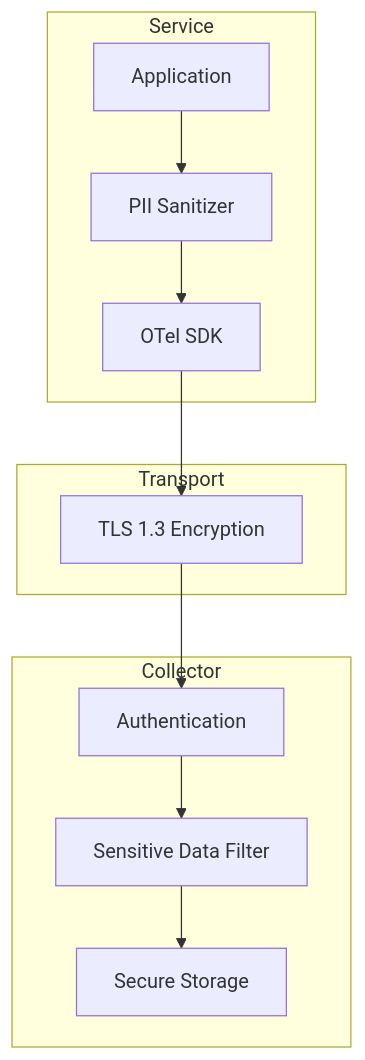
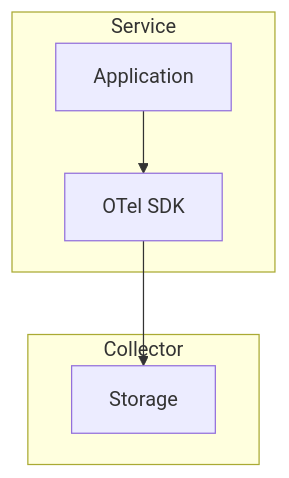
One commit to tordynnar/architecture_ideas changed diagram 20 of 21 in ARCHITECTURE.md. Above: the diagram before and after it, drawn with Mermaid. The commit also changed other lines of this file, not shown here.

````diff
--- a/ARCHITECTURE.md
+++ b/ARCHITECTURE.md
@@ -777,25 +841,14 @@
 ```mermaid
 flowchart TB
     subgraph "Service"
         APP[Application]
-        SANITIZE[PII Sanitizer]
         OTEL[OTel SDK]
     end
 
-    subgraph "Transport"
-        TLS[TLS 1.3 Encryption]
+    subgraph "Collector"
+        STORE[Storage]
     end
 
-    subgraph "Collector"
-        AUTH[Authentication]
-        FILTER[Sensitive Data Filter]
-        STORE[Secure Storage]
-    end
-
-    APP --> SANITIZE
-    SANITIZE --> OTEL
-    OTEL --> TLS
-    TLS --> AUTH
-    AUTH --> FILTER
-    FILTER --> STORE
+    APP --> OTEL
+    OTEL --> STORE
 ```
````
